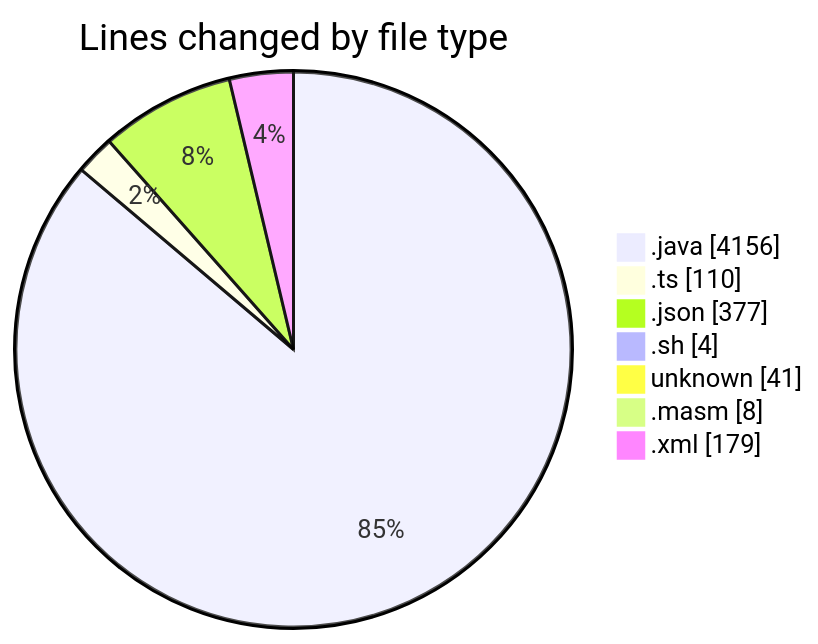
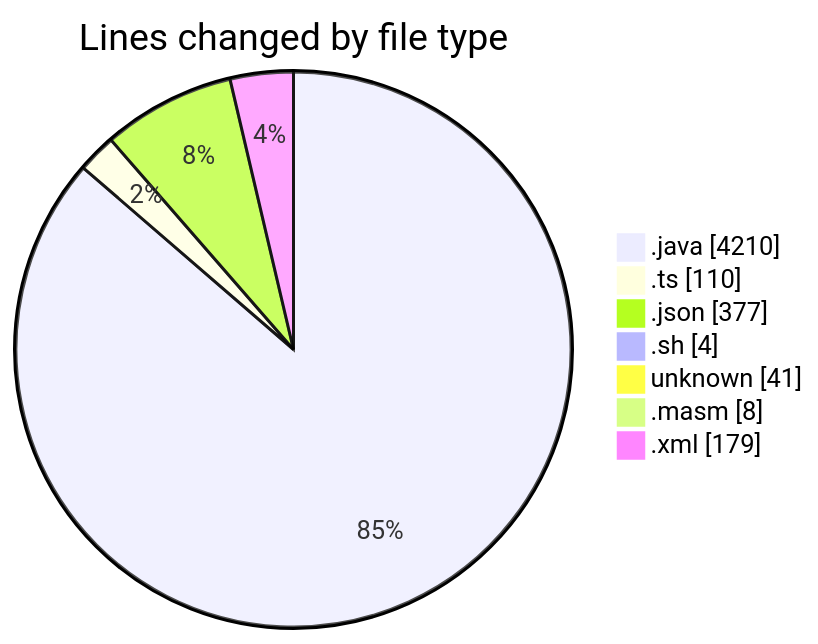
The first of 2 diagrams in 2025-02-20/micros/README.md (charlie-sans/code-tracking), drawn with Mermaid before and after one commit. The commit also changed other lines of this file and 1 other file, not shown here.

````diff
--- a/2025-02-20/micros/README.md
+++ b/2025-02-20/micros/README.md
@@ -40,11 +40,11 @@
 ```mermaid
 pie showData
 title Lines changed by file type
-".java" : 4156
+".java" : 4210
 ".ts" : 110
 ".json" : 377
 ".sh" : 4
 "unknown" : 41
 ".masm" : 8
 ".xml" : 179
 ```
````
